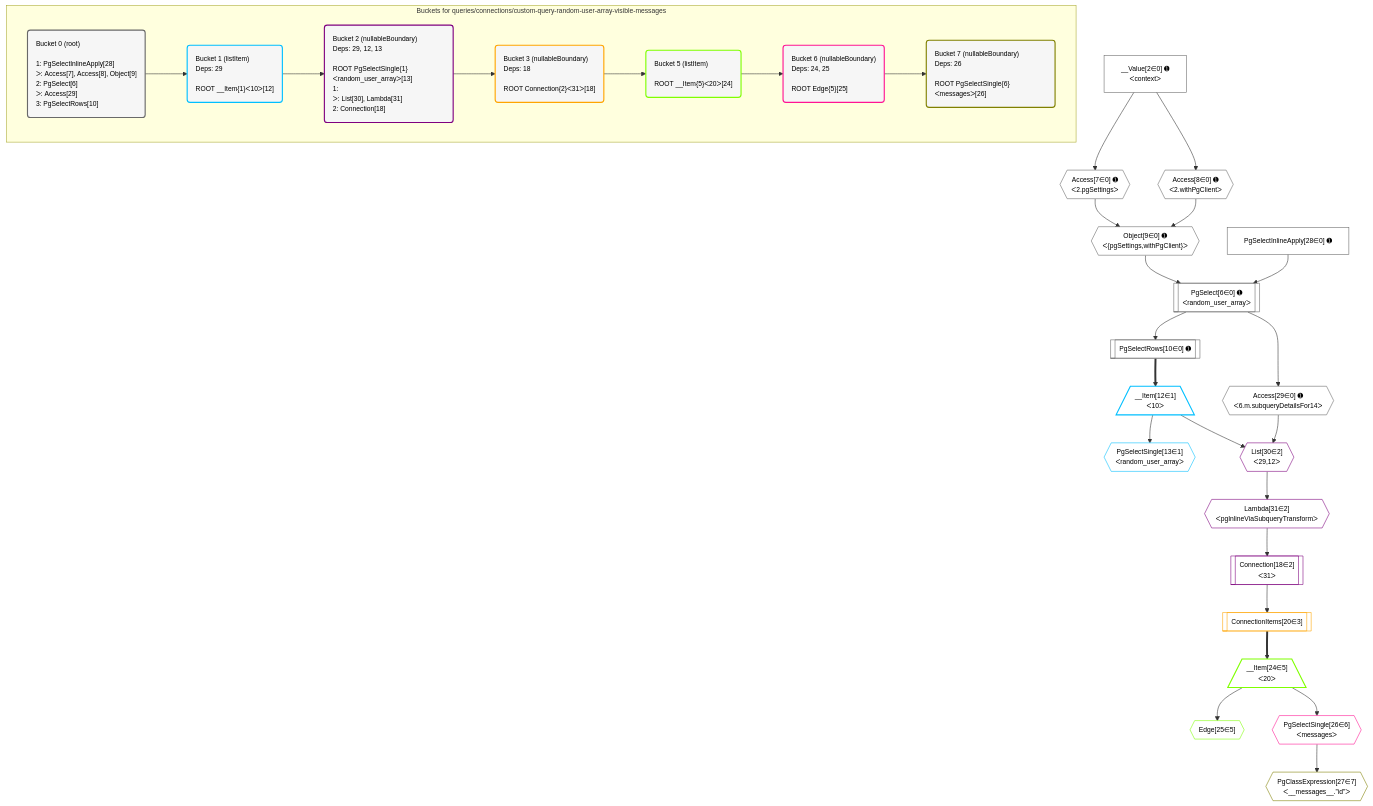
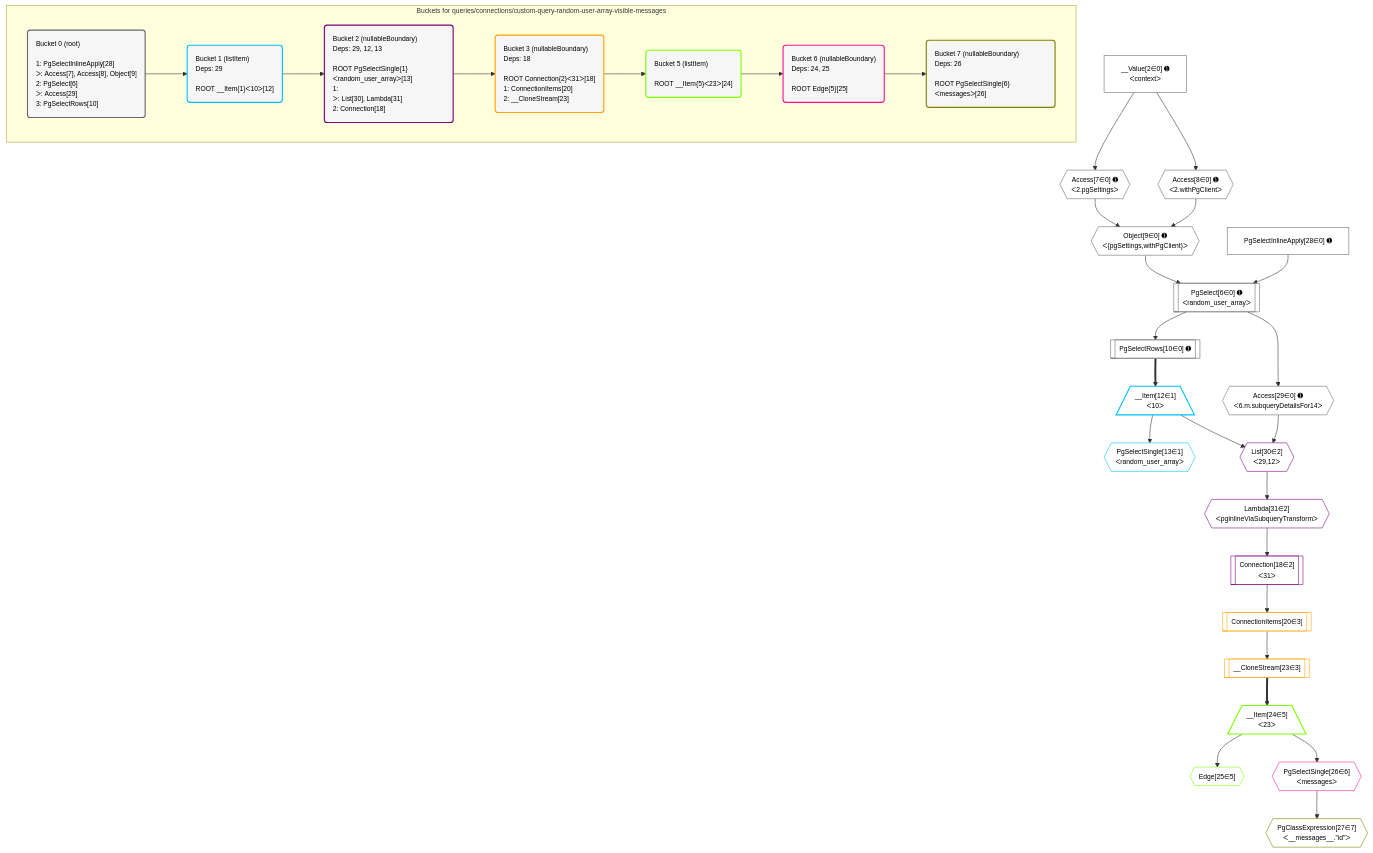
Before and after one commit to benjaie/crystal: the diagram in grafast/dataplan-pg/__tests__/queries/connections/custom-query-random-user-array-visible-messages.mermaid, drawn with Mermaid. The commit also changed 138 other files, not shown here.

Commit message:
Update mermaid snapshots

```diff
--- a/grafast/dataplan-pg/__tests__/queries/connections/custom-query-random-user-array-visible-messages.mermaid
+++ b/grafast/dataplan-pg/__tests__/queries/connections/custom-query-random-user-array-visible-messages.mermaid
@@ -1,76 +1,78 @@
 %%{init: {'themeVariables': { 'fontSize': '12px'}}}%%
 graph TD
     classDef path fill:#eee,stroke:#000,color:#000
     classDef plan fill:#fff,stroke-width:1px,color:#000
     classDef itemplan fill:#fff,stroke-width:2px,color:#000
     classDef unbatchedplan fill:#dff,stroke-width:1px,color:#000
     classDef sideeffectplan fill:#fcc,stroke-width:2px,color:#000
     classDef bucket fill:#f6f6f6,color:#000,stroke-width:2px,text-align:left
 
     subgraph "Buckets for queries/connections/custom-query-random-user-array-visible-messages"
     Bucket0("Bucket 0 (root)<br /><br />1: PgSelectInlineApply[28]<br />ᐳ: Access[7], Access[8], Object[9]<br />2: PgSelect[6]<br />ᐳ: Access[29]<br />3: PgSelectRows[10]"):::bucket
     Bucket1("Bucket 1 (listItem)<br />Deps: 29<br /><br />ROOT __Item{1}ᐸ10ᐳ[12]"):::bucket
     Bucket2("Bucket 2 (nullableBoundary)<br />Deps: 29, 12, 13<br /><br />ROOT PgSelectSingle{1}ᐸrandom_user_arrayᐳ[13]<br />1: <br />ᐳ: List[30], Lambda[31]<br />2: Connection[18]"):::bucket
-    Bucket3("Bucket 3 (nullableBoundary)<br />Deps: 18<br /><br />ROOT Connection{2}ᐸ31ᐳ[18]"):::bucket
-    Bucket5("Bucket 5 (listItem)<br /><br />ROOT __Item{5}ᐸ20ᐳ[24]"):::bucket
+    Bucket3("Bucket 3 (nullableBoundary)<br />Deps: 18<br /><br />ROOT Connection{2}ᐸ31ᐳ[18]<br />1: ConnectionItems[20]<br />2: __CloneStream[23]"):::bucket
+    Bucket5("Bucket 5 (listItem)<br /><br />ROOT __Item{5}ᐸ23ᐳ[24]"):::bucket
     Bucket6("Bucket 6 (nullableBoundary)<br />Deps: 24, 25<br /><br />ROOT Edge{5}[25]"):::bucket
     Bucket7("Bucket 7 (nullableBoundary)<br />Deps: 26<br /><br />ROOT PgSelectSingle{6}ᐸmessagesᐳ[26]"):::bucket
     end
     Bucket0 --> Bucket1
     Bucket1 --> Bucket2
     Bucket2 --> Bucket3
     Bucket3 --> Bucket5
     Bucket5 --> Bucket6
     Bucket6 --> Bucket7
 
     %% plan dependencies
     PgSelect6[["PgSelect[6∈0] ➊<br />ᐸrandom_user_arrayᐳ"]]:::plan
     Object9{{"Object[9∈0] ➊<br />ᐸ{pgSettings,withPgClient}ᐳ"}}:::plan
     PgSelectInlineApply28["PgSelectInlineApply[28∈0] ➊"]:::plan
     Object9 & PgSelectInlineApply28 --> PgSelect6
     Access7{{"Access[7∈0] ➊<br />ᐸ2.pgSettingsᐳ"}}:::plan
     Access8{{"Access[8∈0] ➊<br />ᐸ2.withPgClientᐳ"}}:::plan
     Access7 & Access8 --> Object9
     __Value2["__Value[2∈0] ➊<br />ᐸcontextᐳ"]:::plan
     __Value2 --> Access7
     __Value2 --> Access8
     PgSelectRows10[["PgSelectRows[10∈0] ➊"]]:::plan
     PgSelect6 --> PgSelectRows10
     Access29{{"Access[29∈0] ➊<br />ᐸ6.m.subqueryDetailsFor14ᐳ"}}:::plan
     PgSelect6 --> Access29
     __Item12[/"__Item[12∈1]<br />ᐸ10ᐳ"\]:::itemplan
     PgSelectRows10 ==> __Item12
     PgSelectSingle13{{"PgSelectSingle[13∈1]<br />ᐸrandom_user_arrayᐳ"}}:::plan
     __Item12 --> PgSelectSingle13
     List30{{"List[30∈2]<br />ᐸ29,12ᐳ"}}:::plan
     Access29 & __Item12 --> List30
     Connection18[["Connection[18∈2]<br />ᐸ31ᐳ"]]:::plan
     Lambda31{{"Lambda[31∈2]<br />ᐸpgInlineViaSubqueryTransformᐳ"}}:::plan
     Lambda31 --> Connection18
     List30 --> Lambda31
     ConnectionItems20[["ConnectionItems[20∈3]"]]:::plan
     Connection18 --> ConnectionItems20
-    __Item24[/"__Item[24∈5]<br />ᐸ20ᐳ"\]:::itemplan
-    ConnectionItems20 ==> __Item24
+    __CloneStream23[["__CloneStream[23∈3]"]]:::plan
+    ConnectionItems20 --> __CloneStream23
+    __Item24[/"__Item[24∈5]<br />ᐸ23ᐳ"\]:::itemplan
+    __CloneStream23 ==> __Item24
     Edge25{{"Edge[25∈5]"}}:::plan
     __Item24 --> Edge25
     PgSelectSingle26{{"PgSelectSingle[26∈6]<br />ᐸmessagesᐳ"}}:::plan
     __Item24 --> PgSelectSingle26
     PgClassExpression27{{"PgClassExpression[27∈7]<br />ᐸ__messages__.”id”ᐳ"}}:::plan
     PgSelectSingle26 --> PgClassExpression27
 
     %% define steps
     classDef bucket0 stroke:#696969
     class Bucket0,__Value2,PgSelect6,Access7,Access8,Object9,PgSelectRows10,PgSelectInlineApply28,Access29 bucket0
     classDef bucket1 stroke:#00bfff
     class Bucket1,__Item12,PgSelectSingle13 bucket1
     classDef bucket2 stroke:#7f007f
     class Bucket2,Connection18,List30,Lambda31 bucket2
     classDef bucket3 stroke:#ffa500
-    class Bucket3,ConnectionItems20 bucket3
+    class Bucket3,ConnectionItems20,__CloneStream23 bucket3
     classDef bucket5 stroke:#7fff00
     class Bucket5,__Item24,Edge25 bucket5
     classDef bucket6 stroke:#ff1493
     class Bucket6,PgSelectSingle26 bucket6
     classDef bucket7 stroke:#808000
     class Bucket7,PgClassExpression27 bucket7
```
